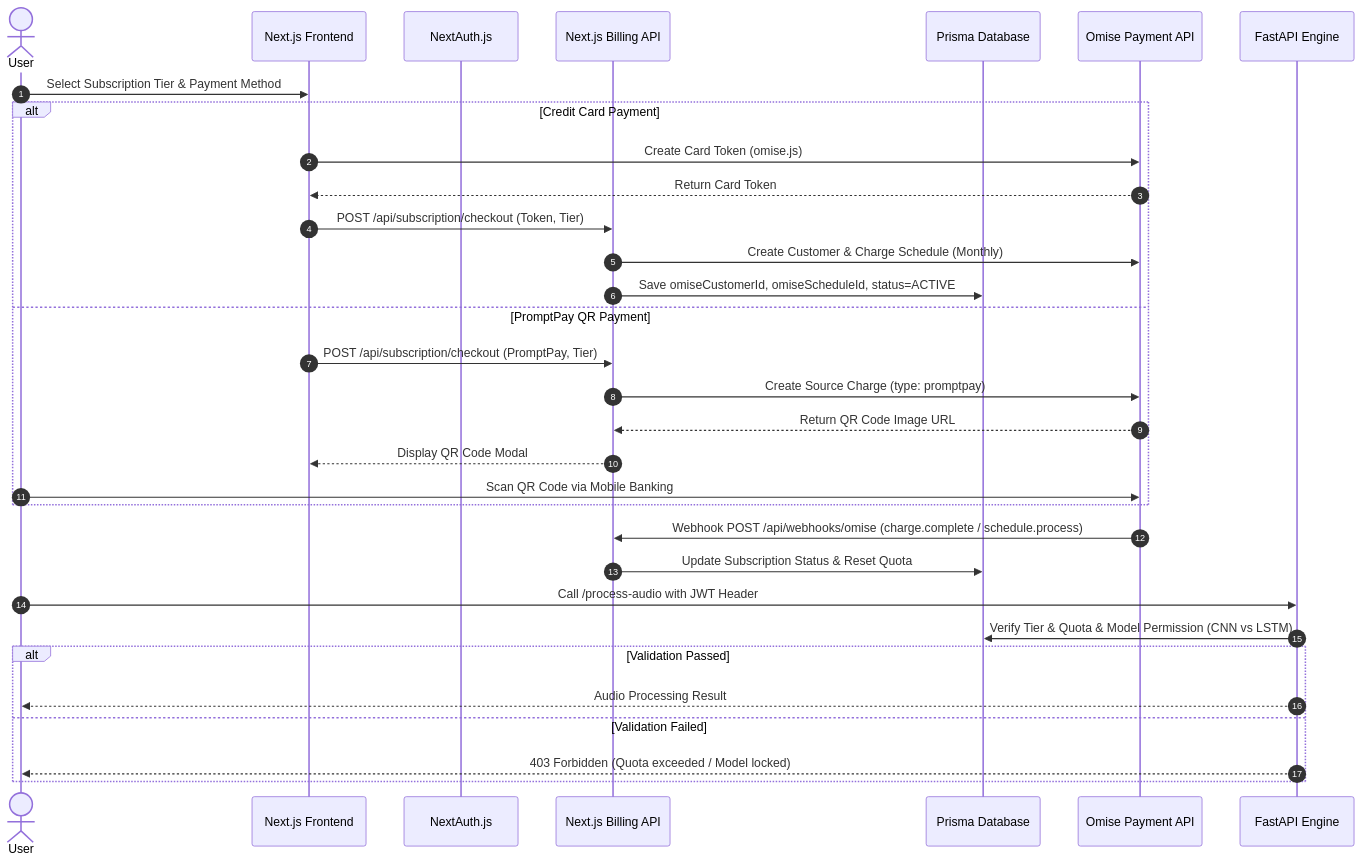
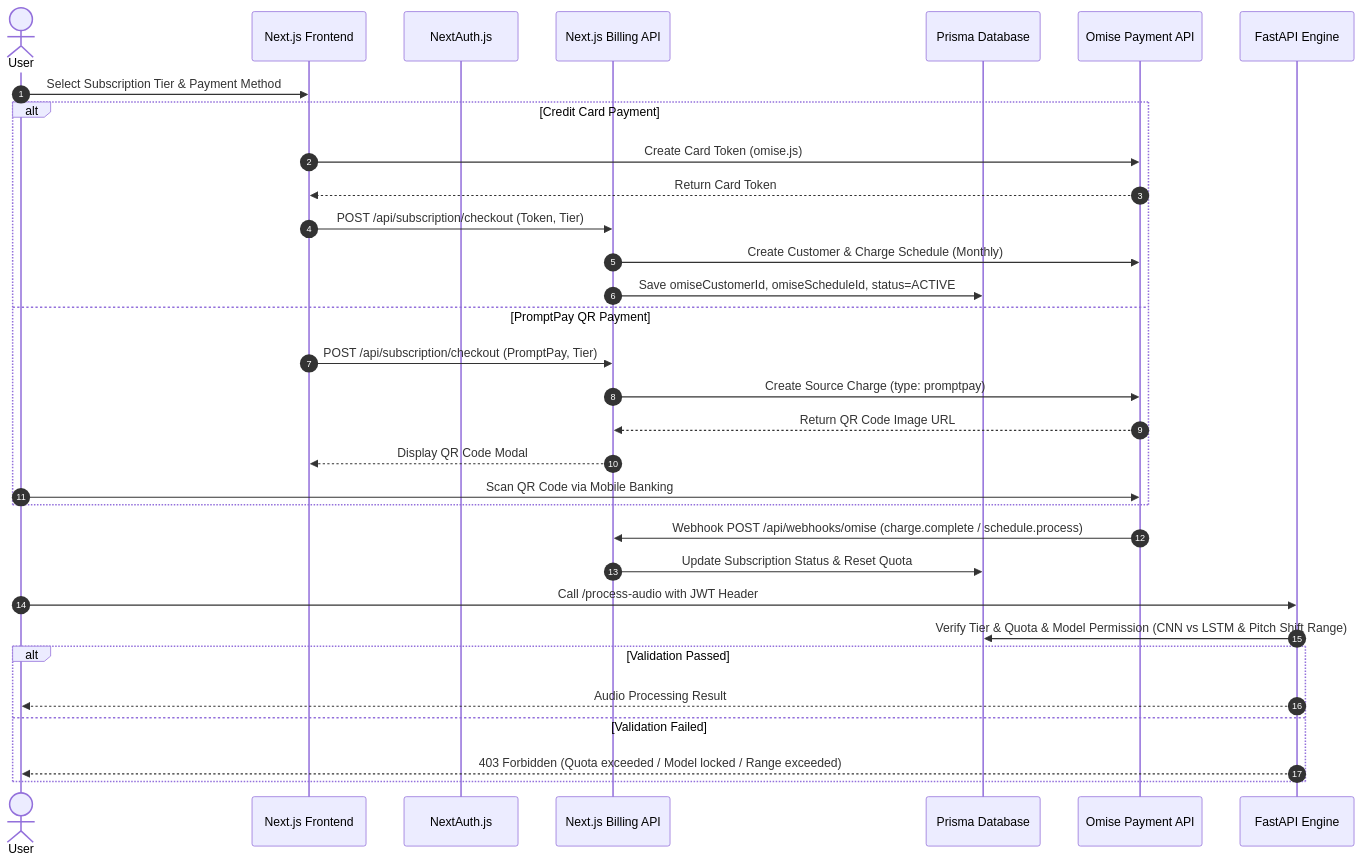
One commit to saikobz/project-music changed the diagram in docs/superpowers/specs/2026-07-24-subscription-billing-omise-design.md. Above: the diagram before and after it, drawn with Mermaid. The commit also changed other lines of this file and 3 other files, not shown here.

Commit message:
feat: add Compressor and Pitch Shift specifications across all 3 subscription tiers

````diff
--- a/docs/superpowers/specs/2026-07-24-subscription-billing-omise-design.md
+++ b/docs/superpowers/specs/2026-07-24-subscription-billing-omise-design.md
@@ -104,37 +106,37 @@
 ```mermaid
 sequenceDiagram
     autonumber
     actor User
     participant FE as Next.js Frontend
     participant Auth as NextAuth.js
     participant API as Next.js Billing API
     participant DB as Prisma Database
     participant Omise as Omise Payment API
     participant PY as FastAPI Engine
 
     User->>FE: Select Subscription Tier & Payment Method
     alt Credit Card Payment
         FE->>Omise: Create Card Token (omise.js)
         Omise-->>FE: Return Card Token
         FE->>API: POST /api/subscription/checkout (Token, Tier)
         API->>Omise: Create Customer & Charge Schedule (Monthly)
         API->>DB: Save omiseCustomerId, omiseScheduleId, status=ACTIVE
     else PromptPay QR Payment
         FE->>API: POST /api/subscription/checkout (PromptPay, Tier)
         API->>Omise: Create Source Charge (type: promptpay)
         Omise-->>API: Return QR Code Image URL
         API-->>FE: Display QR Code Modal
         User->>Omise: Scan QR Code via Mobile Banking
     end
 
     Omise->>API: Webhook POST /api/webhooks/omise (charge.complete / schedule.process)
     API->>DB: Update Subscription Status & Reset Quota
     
     User->>PY: Call /process-audio with JWT Header
-    PY->>DB: Verify Tier & Quota & Model Permission (CNN vs LSTM)
+    PY->>DB: Verify Tier & Quota & Model Permission (CNN vs LSTM & Pitch Shift Range)
     alt Validation Passed
         PY-->>User: Audio Processing Result
     else Validation Failed
-        PY-->>User: 403 Forbidden (Quota exceeded / Model locked)
+        PY-->>User: 403 Forbidden (Quota exceeded / Model locked / Range exceeded)
     end
 ```
````
